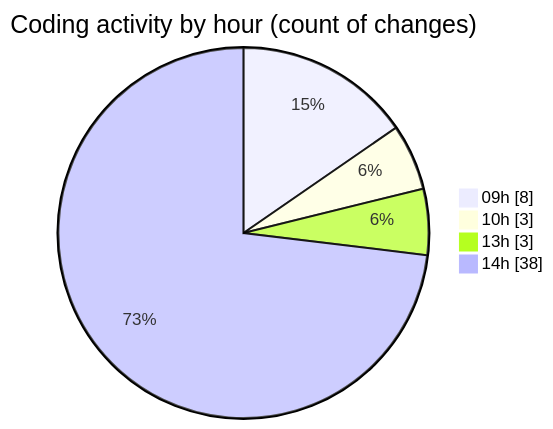
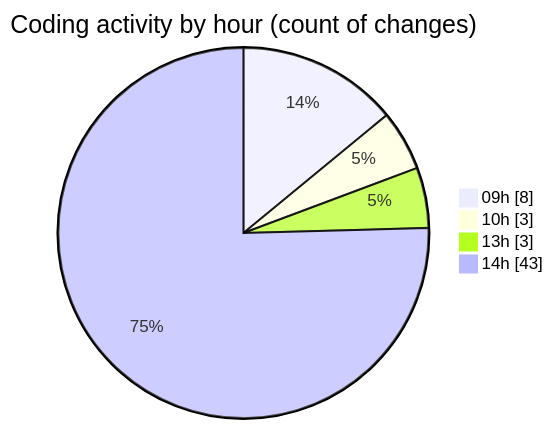
The second of 2 diagrams in 2026-04-09/cda/README.md (momahboobian/code-tracking), drawn with Mermaid before and after one commit. The commit also changed other lines of this file and 1 other file, not shown here.

````diff
--- a/2026-04-09/cda/README.md
+++ b/2026-04-09/cda/README.md
@@ -43,8 +43,8 @@
 ```mermaid
 pie showData
 title Coding activity by hour (count of changes)
 "09h" : 8
 "10h" : 3
 "13h" : 3
-"14h" : 38
+"14h" : 43
 ```
````
